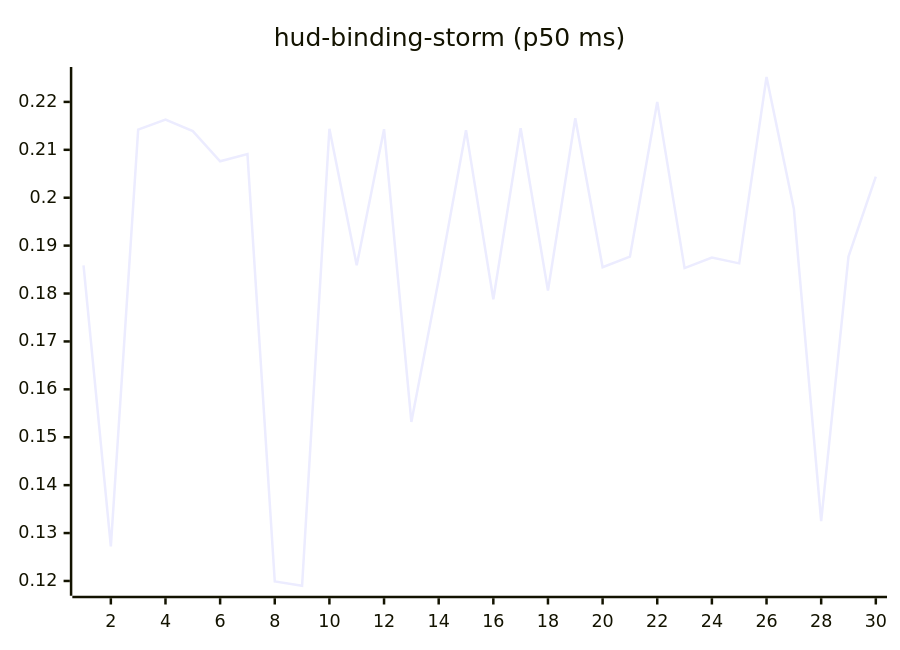
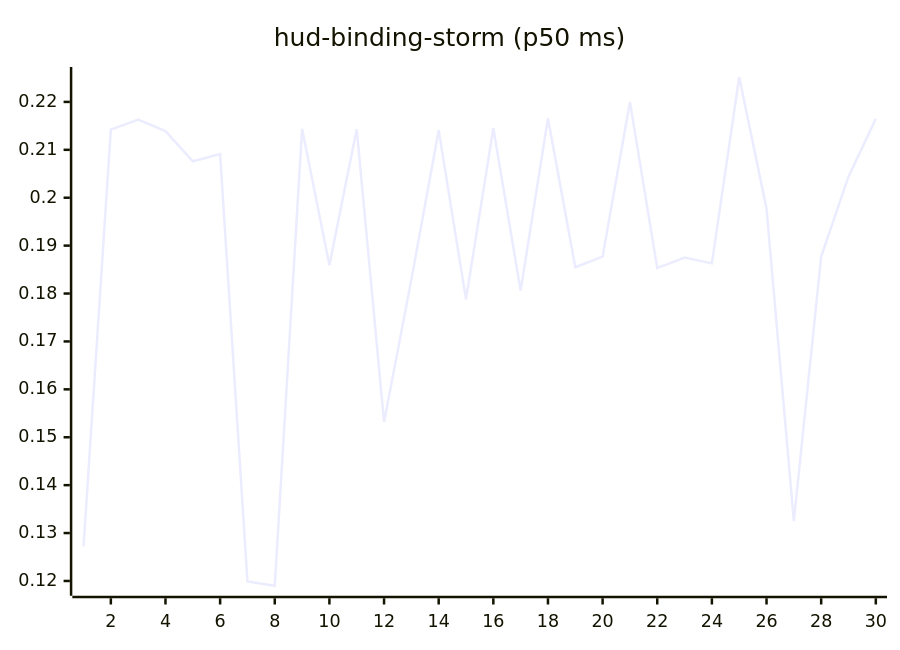
Before and after one commit to josha/Facet: the tenth of 27 diagrams in README.md, drawn with Mermaid. The commit also changed other lines of this file and 2 other files, not shown here.

````diff
--- a/README.md
+++ b/README.md
@@ -126,6 +126,6 @@
 ```mermaid
 xychart-beta
     title "hud-binding-storm (p50 ms)"
     x-axis 1 --> 30
-    line [0.1859, 0.1272, 0.2142, 0.2163, 0.2139, 0.2076, 0.2091, 0.1199, 0.1190, 0.2144, 0.1859, 0.2143, 0.1532, 0.1829, 0.2141, 0.1788, 0.2145, 0.1806, 0.2166, 0.1855, 0.1877, 0.2200, 0.1853, 0.1875, 0.1863, 0.2252, 0.1977, 0.1325, 0.1877, 0.2044]
+    line [0.1272, 0.2142, 0.2163, 0.2139, 0.2076, 0.2091, 0.1199, 0.1190, 0.2144, 0.1859, 0.2143, 0.1532, 0.1829, 0.2141, 0.1788, 0.2145, 0.1806, 0.2166, 0.1855, 0.1877, 0.2200, 0.1853, 0.1875, 0.1863, 0.2252, 0.1977, 0.1325, 0.1877, 0.2044, 0.2165]
 ```
````
